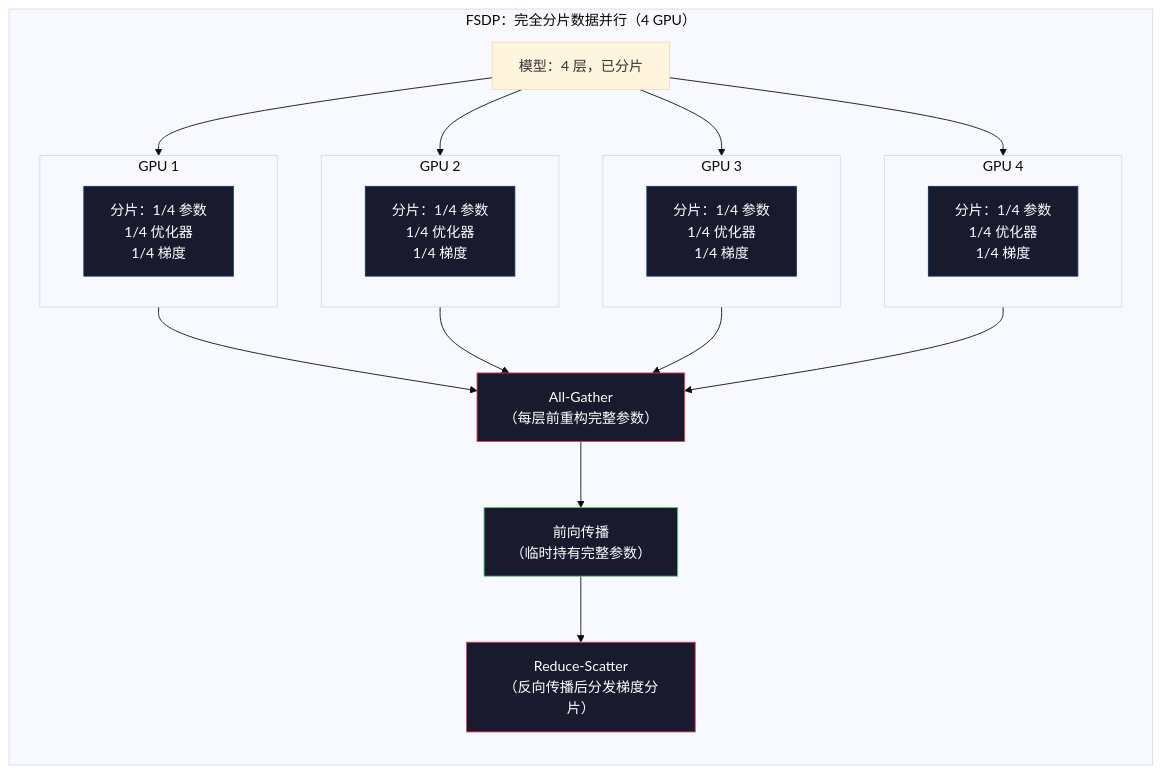
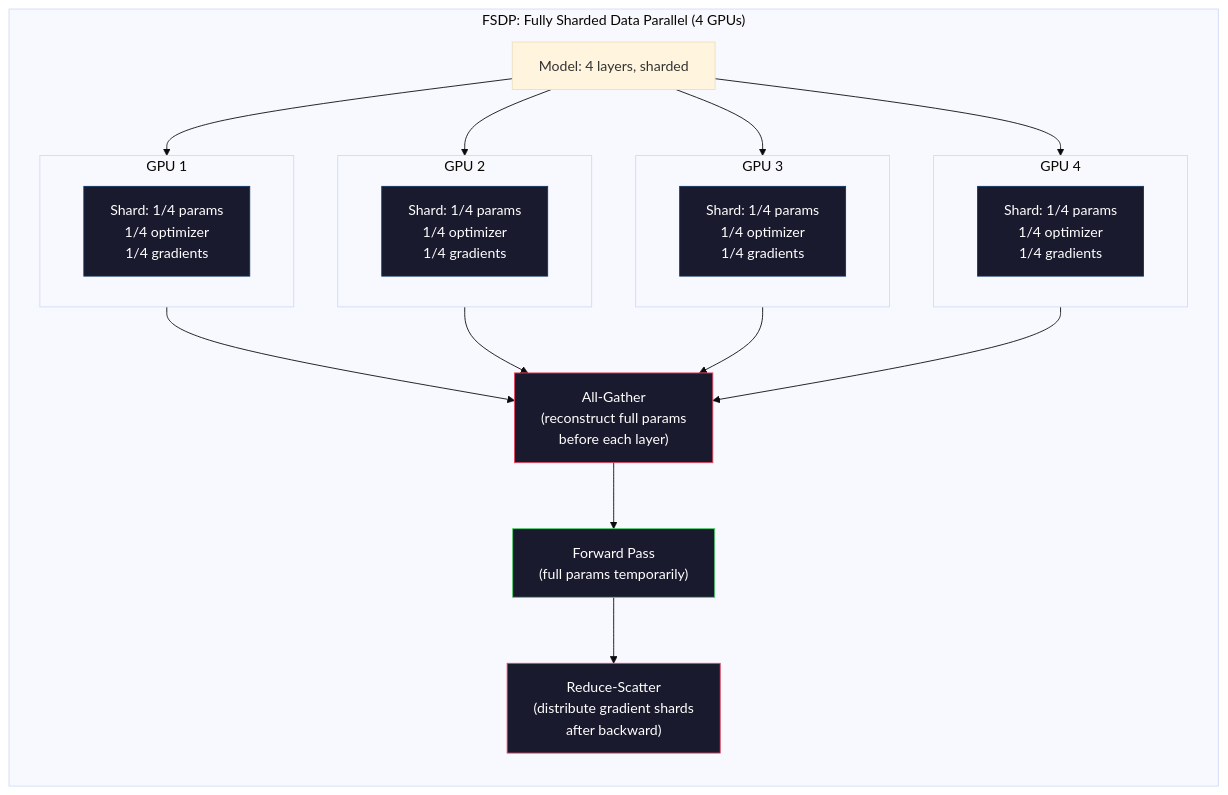
Before and after one commit to xiaojiaenen/ai-engineering-from-scratch-zh: the second of 3 diagrams in i18n/zh/phases/10-llms-from-scratch/05-scaling-distributed/docs/zh.md, drawn with Mermaid (base theme). The commit also changed other lines of this file and 24 other files, not shown here.

````diff
--- a/i18n/zh/phases/10-llms-from-scratch/05-scaling-distributed/docs/zh.md
+++ b/i18n/zh/phases/10-llms-from-scratch/05-scaling-distributed/docs/zh.md
@@ -123,43 +123,43 @@
 ```mermaid
 graph TD
-    subgraph FSDP["FSDP：完全分片数据并行（4 GPU）"]
+    subgraph FSDP["FSDP: Fully Sharded Data Parallel (4 GPUs)"]
         direction TB
-        S["模型：4 层，已分片"]
+        S["Model: 4 layers, sharded"]
 
         subgraph GPU1["GPU 1"]
-            G1S["分片：1/4 参数\n1/4 优化器\n1/4 梯度"]
+            G1S["Shard: 1/4 params\n1/4 optimizer\n1/4 gradients"]
         end
         subgraph GPU2["GPU 2"]
-            G2S["分片：1/4 参数\n1/4 优化器\n1/4 梯度"]
+            G2S["Shard: 1/4 params\n1/4 optimizer\n1/4 gradients"]
         end
         subgraph GPU3["GPU 3"]
-            G3S["分片：1/4 参数\n1/4 优化器\n1/4 梯度"]
+            G3S["Shard: 1/4 params\n1/4 optimizer\n1/4 gradients"]
         end
         subgraph GPU4["GPU 4"]
-            G4S["分片：1/4 参数\n1/4 优化器\n1/4 梯度"]
+            G4S["Shard: 1/4 params\n1/4 optimizer\n1/4 gradients"]
         end
 
-        AG["All-Gather\n（每层前重构完整参数）"]
-        FW["前向传播\n（临时持有完整参数）"]
-        RS["Reduce-Scatter\n（反向传播后分发梯度分片）"]
+        AG["All-Gather\n(reconstruct full params\nbefore each layer)"]
+        FW["Forward Pass\n(full params temporarily)"]
+        RS["Reduce-Scatter\n(distribute gradient shards\nafter backward)"]
 
         S --> GPU1
         S --> GPU2
         S --> GPU3
         S --> GPU4
         GPU1 --> AG
         GPU2 --> AG
         GPU3 --> AG
         GPU4 --> AG
         AG --> FW
         FW --> RS
     end
 
     style G1S fill:#1a1a2e,stroke:#0f3460,color:#fff
     style G2S fill:#1a1a2e,stroke:#0f3460,color:#fff
     style G3S fill:#1a1a2e,stroke:#0f3460,color:#fff
     style G4S fill:#1a1a2e,stroke:#0f3460,color:#fff
     style AG fill:#1a1a2e,stroke:#e94560,color:#fff
     style FW fill:#1a1a2e,stroke:#51cf66,color:#fff
     style RS fill:#1a1a2e,stroke:#e94560,color:#fff
 ```
````
